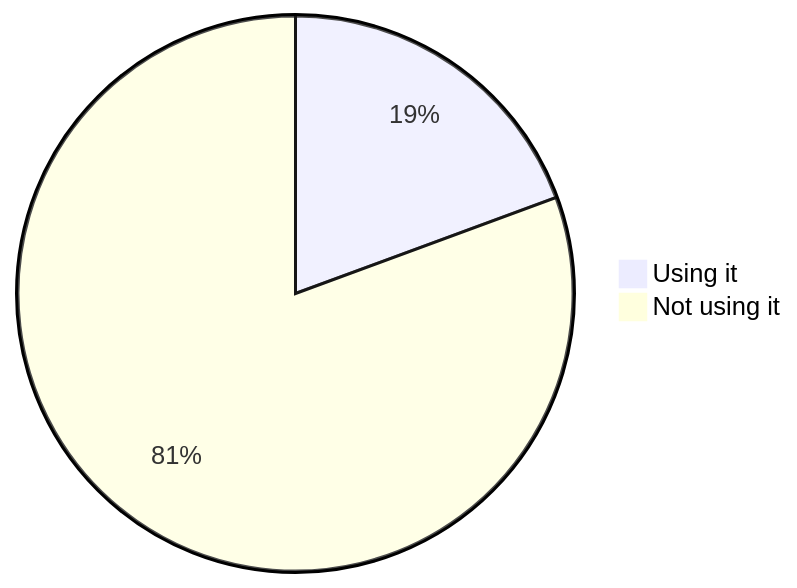
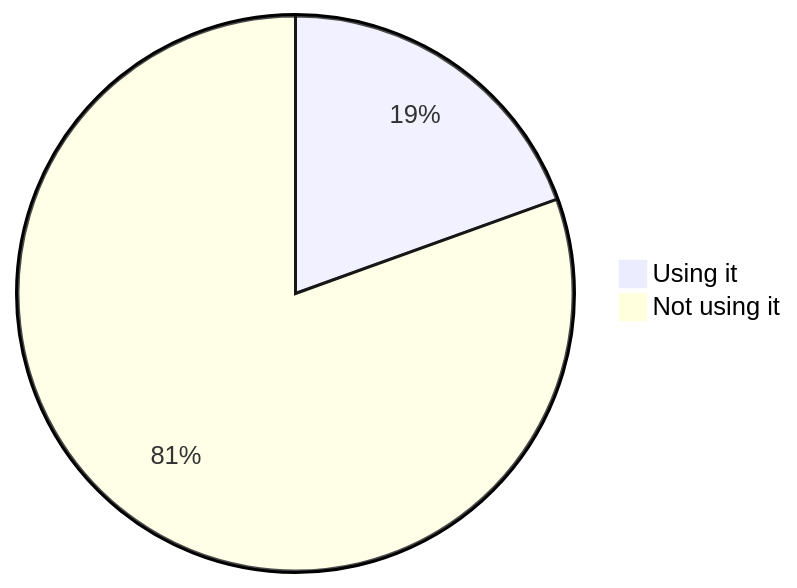
One commit to oshp/oshp-stats changed diagram 18 of 22 in stats.md. Above: the diagram before and after it, drawn with Mermaid. The commit also changed other lines of this file, not shown here.

````diff
--- a/stats.md
+++ b/stats.md
@@ -214,6 +214,6 @@
 ```mermaid
 pie
-	"Using it" : 19.38
-	"Not using it" : 80.62
+	"Using it" : 19.49
+	"Not using it" : 80.51
 
 ```
````
